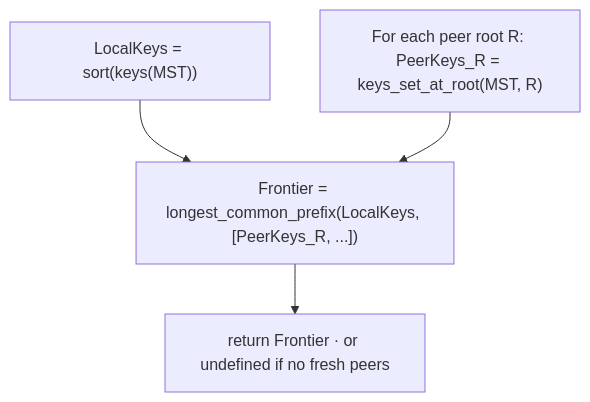
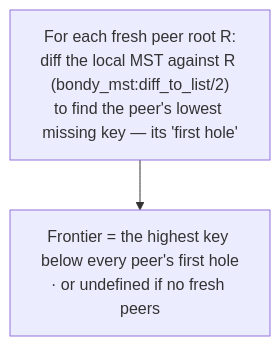
The third of 14 diagrams in apps/bondy_db/doc_extras/architecture/06_compaction_and_bootstrap.md (bondy-io/bondy), drawn with Mermaid before and after one commit. The commit also changed other lines of this file and 55 other files, not shown here.

````diff
--- a/apps/bondy_db/doc_extras/architecture/06_compaction_and_bootstrap.md
+++ b/apps/bondy_db/doc_extras/architecture/06_compaction_and_bootstrap.md
@@ -100,11 +100,7 @@
 ```mermaid
 flowchart TB
-    L["LocalKeys = sort(keys(MST))"]
-    P["For each peer root R: PeerKeys_R = keys_set_at_root(MST, R)"]
-    LCP["Frontier = longest_common_prefix(LocalKeys, [PeerKeys_R, ...])"]
-    F["return Frontier · or undefined if no fresh peers"]
+    P["For each fresh peer root R:<br/>diff the local MST against R (bondy_mst:diff_to_list/2)<br/>to find the peer's lowest missing key — its 'first hole'"]
+    F["Frontier = the highest key below every peer's first hole<br/>· or undefined if no fresh peers"]
 
-    L --> LCP
-    P --> LCP
-    LCP --> F
+    P --> F
 ```
````
